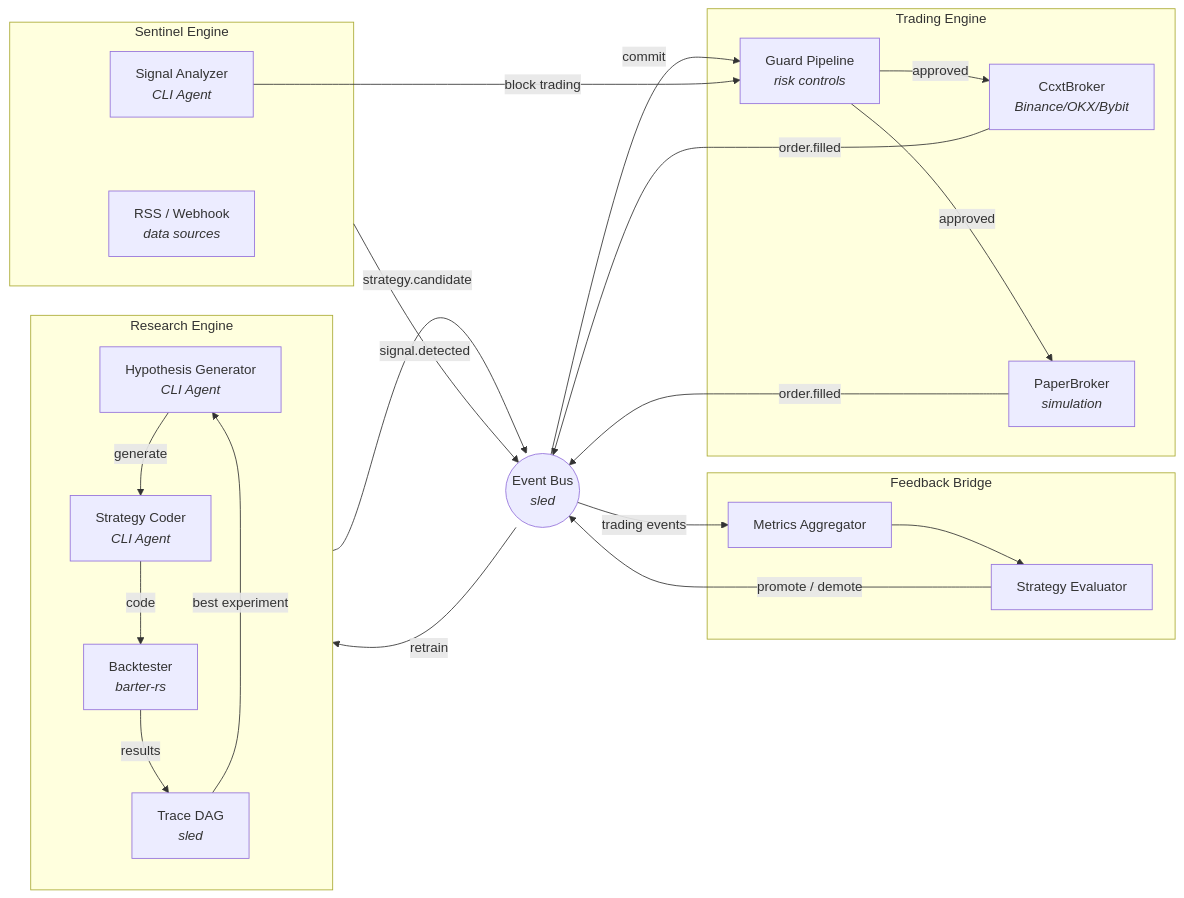
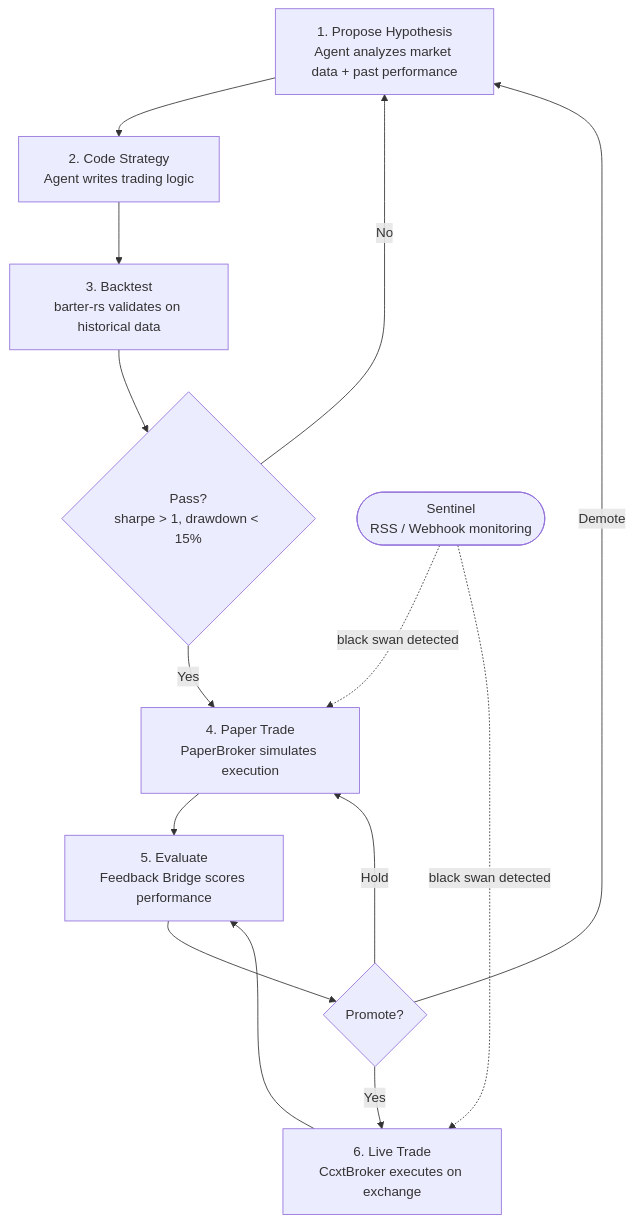
The diagram in README.md (rararulab/rara-trading), drawn with Mermaid before and after one commit. The commit also changed other lines of this file, not shown here.

First line of the commit message:
docs: simplify readme to one clear loop diagram (#28)

````diff
--- a/README.md
+++ b/README.md
@@ -9,45 +9,16 @@
 ```mermaid
-graph LR
-    subgraph Research["Research Engine"]
-        H[Hypothesis Generator<br/><i>CLI Agent</i>]
-        C[Strategy Coder<br/><i>CLI Agent</i>]
-        B[Backtester<br/><i>barter-rs</i>]
-        T[Trace DAG<br/><i>sled</i>]
-    end
+graph TD
+    A["1. Propose Hypothesis<br/>Agent analyzes market data + past performance"] --> B["2. Code Strategy<br/>Agent writes trading logic"]
+    B --> C["3. Backtest<br/>barter-rs validates on historical data"]
+    C --> D{"Pass?<br/>sharpe > 1, drawdown < 15%"}
+    D -->|No| A
+    D -->|Yes| E["4. Paper Trade<br/>PaperBroker simulates execution"]
+    E --> F["5. Evaluate<br/>Feedback Bridge scores performance"]
+    F --> G{"Promote?"}
+    G -->|Yes| H["6. Live Trade<br/>CcxtBroker executes on exchange"]
+    G -->|Hold| E
+    G -->|Demote| A
+    H --> F
 
-    subgraph Trading["Trading Engine"]
-        G[Guard Pipeline<br/><i>risk controls</i>]
-        X[CcxtBroker<br/><i>Binance/OKX/Bybit</i>]
-        P[PaperBroker<br/><i>simulation</i>]
-    end
-
-    subgraph Sentinel["Sentinel Engine"]
-        R[RSS / Webhook<br/><i>data sources</i>]
-        A[Signal Analyzer<br/><i>CLI Agent</i>]
-    end
-
-    subgraph Feedback["Feedback Bridge"]
-        M[Metrics Aggregator]
-        E[Strategy Evaluator]
-    end
-
-    EB((Event Bus<br/><i>sled</i>))
-
-    H -->|generate| C
-    C -->|code| B
-    B -->|results| T
-    T -->|best experiment| H
-
-    Research -->|strategy.candidate| EB
-    EB -->|commit| G
-    G -->|approved| X & P
-    X & P -->|order.filled| EB
-
-    Sentinel -->|signal.detected| EB
-    A -->|block trading| G
-
-    EB -->|trading events| M
-    M --> E
-    E -->|promote / demote| EB
-    EB -->|retrain| Research
+    I(["Sentinel<br/>RSS / Webhook monitoring"]) -.->|black swan detected| E & H
 ```
````
